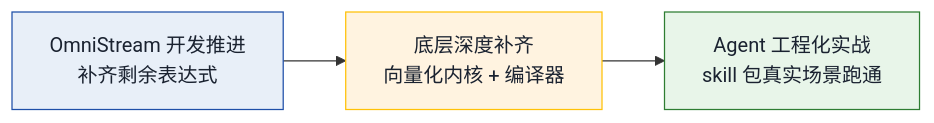
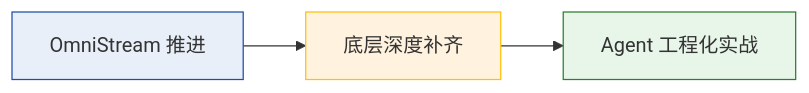
Before and after one commit to int2t05/internship: diagram 13 of 13 in manuscript.md, drawn with Mermaid. The commit also changed other lines of this file and 12 other files, not shown here.

````diff
--- a/manuscript.md
+++ b/manuscript.md
@@ -551,11 +519,11 @@
 ```mermaid
 flowchart LR
-    A["OmniStream 开发推进<br/>补齐剩余表达式"] --> B["底层深度补齐<br/>向量化内核 + 编译器"]
-    B --> C["Agent 工程化实战<br/>skill 包真实场景跑通"]
-    classDef a fill:#E8EFF8,stroke:#1E4FA8,color:#1A2230
-    classDef b fill:#FFF3E0,stroke:#FFC107,color:#1A2230
-    classDef c fill:#E8F5E9,stroke:#2E7D32,color:#1A2230
+    A["OmniStream 推进"] --> B["底层深度补齐"]
+    B --> C["Agent 工程化实战"]
+    classDef a fill:#E8EFF8,stroke:#1E4FA8
+    classDef b fill:#FFF3E0,stroke:#FFC107
+    classDef c fill:#E8F5E9,stroke:#2E7D32
     class A a
     class B b
     class C c
 ```
````
